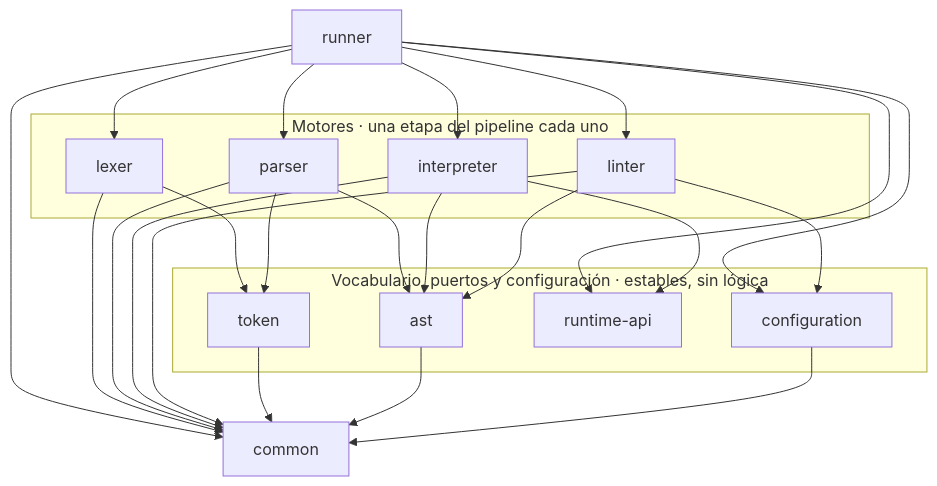
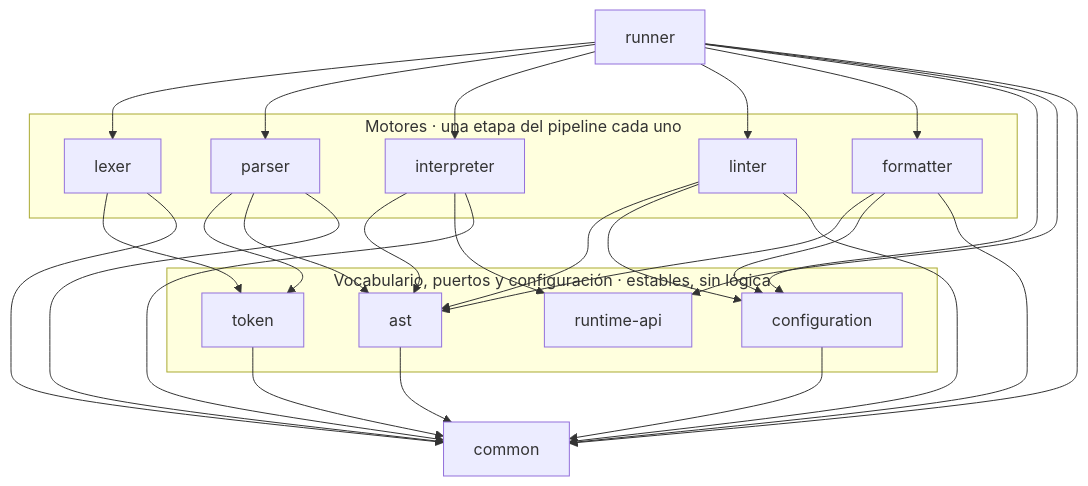
The first of 3 diagrams in docs/arquitectura.md (MartinaCousido/PrintScript), drawn with Mermaid before and after one commit. The commit also changed other lines of this file and 20 other files, not shown here.

First line of the commit message:
Agregar el módulo formatter sobre el AST con su fachada en el runner

````diff
--- a/docs/arquitectura.md
+++ b/docs/arquitectura.md
@@ -13,43 +13,48 @@
 ```mermaid
 flowchart TD
     runner["runner"]
 
     subgraph motores["Motores · una etapa del pipeline cada uno"]
         lexer["lexer"]
         parser["parser"]
         interpreter["interpreter"]
         linter["linter"]
+        formatter["formatter"]
     end
 
     subgraph vocabulario["Vocabulario, puertos y configuración · estables, sin lógica"]
         token["token"]
         ast["ast"]
         runtimeapi["runtime-api"]
         config["configuration"]
     end
 
     common["common"]
 
     runner --> lexer
     runner --> parser
     runner --> interpreter
     runner --> linter
+    runner --> formatter
     runner --> config
     runner --> runtimeapi
     runner --> common
 
     lexer --> token
     lexer --> common
     parser --> token
     parser --> ast
     parser --> common
     interpreter --> ast
     interpreter --> runtimeapi
     interpreter --> common
     linter --> ast
     linter --> config
     linter --> common
+    formatter --> ast
+    formatter --> config
+    formatter --> common
     token --> common
     ast --> common
     config --> common
 ```
````
